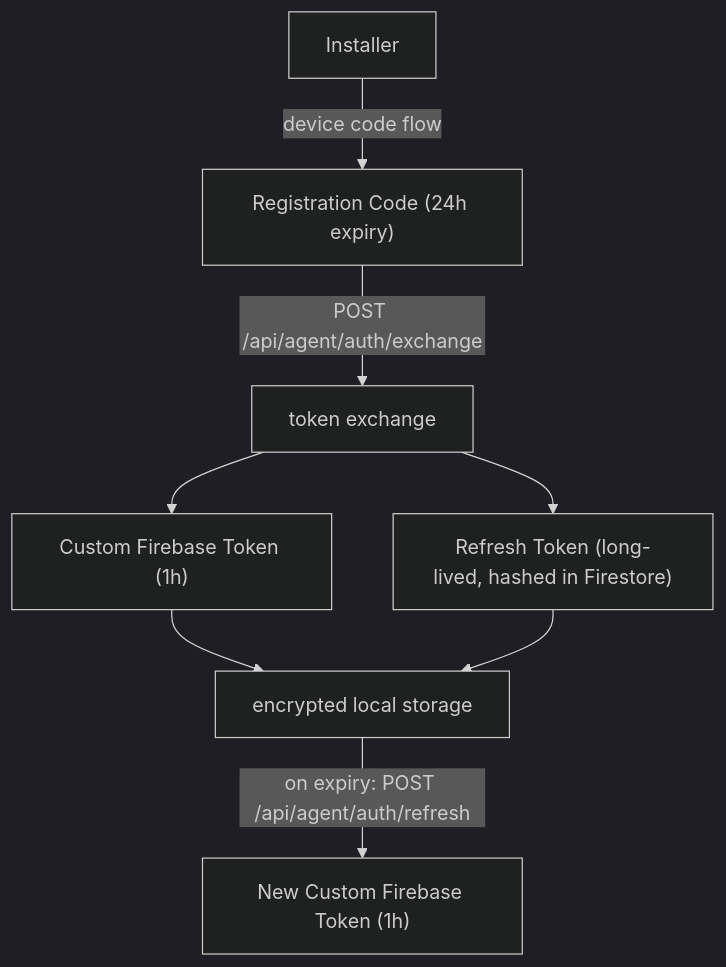
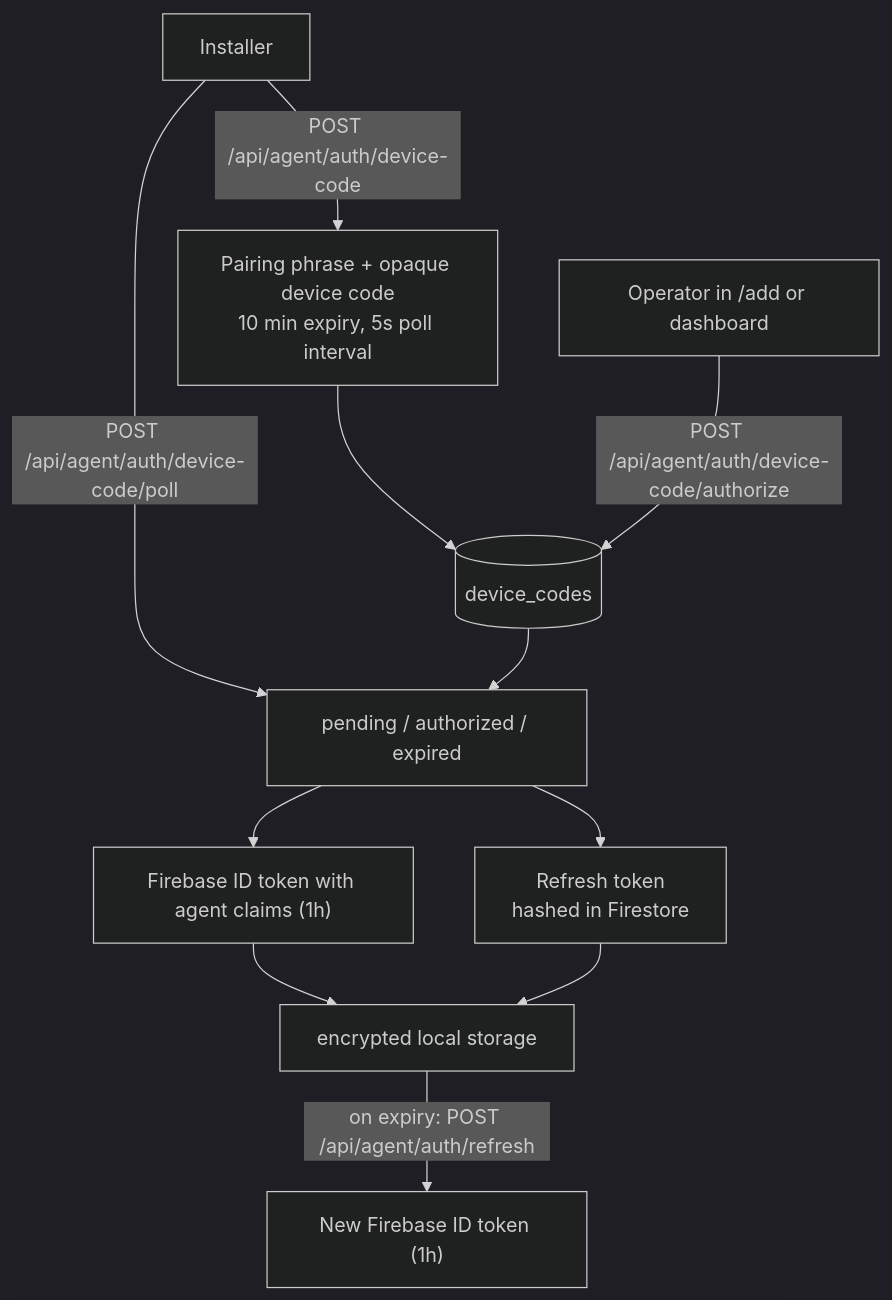
Before and after one commit to theexperiential/owlette: the sixth of 10 diagrams in docs/architecture.md, drawn with Mermaid (dark theme). The commit also changed other lines of this file and 77 other files, not shown here.

````diff
--- a/docs/architecture.md
+++ b/docs/architecture.md
@@ -204,10 +217,13 @@
 ```mermaid
 flowchart TD
-    Installer -->|device code flow| Code["Registration Code (24h expiry)"]
-    Code -->|"POST /api/agent/auth/exchange"| Exchange["token exchange"]
-    Exchange --> AT["Custom Firebase Token (1h)"]
-    Exchange --> RT["Refresh Token (long-lived, hashed in Firestore)"]
+    Installer -->|"POST /api/agent/auth/device-code"| DeviceCode["Pairing phrase + opaque device code\n10 min expiry, 5s poll interval"]
+    DeviceCode --> Codes[("device_codes")]
+    User["Operator in /add or dashboard"] -->|"POST /api/agent/auth/device-code/authorize"| Codes
+    Installer -->|"POST /api/agent/auth/device-code/poll"| Poll["pending / authorized / expired"]
+    Codes --> Poll
+    Poll --> AT["Firebase ID token with agent claims (1h)"]
+    Poll --> RT["Refresh token\nhashed in Firestore"]
     AT --> Store["encrypted local storage"]
     RT --> Store
-    Store -->|"on expiry: POST /api/agent/auth/refresh"| NewAT["New Custom Firebase Token (1h)"]
+    Store -->|"on expiry: POST /api/agent/auth/refresh"| NewAT["New Firebase ID token (1h)"]
 ```
````
